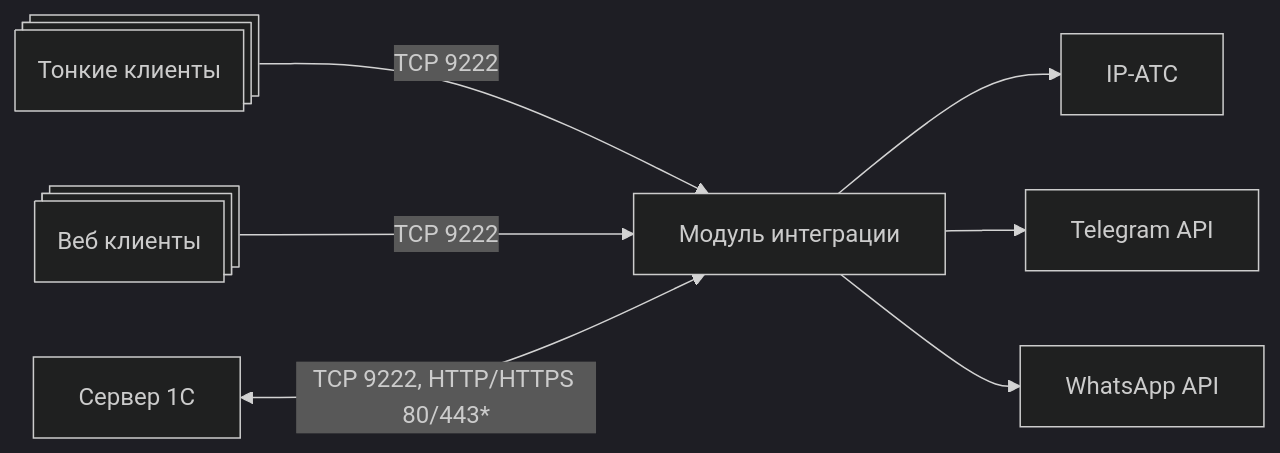
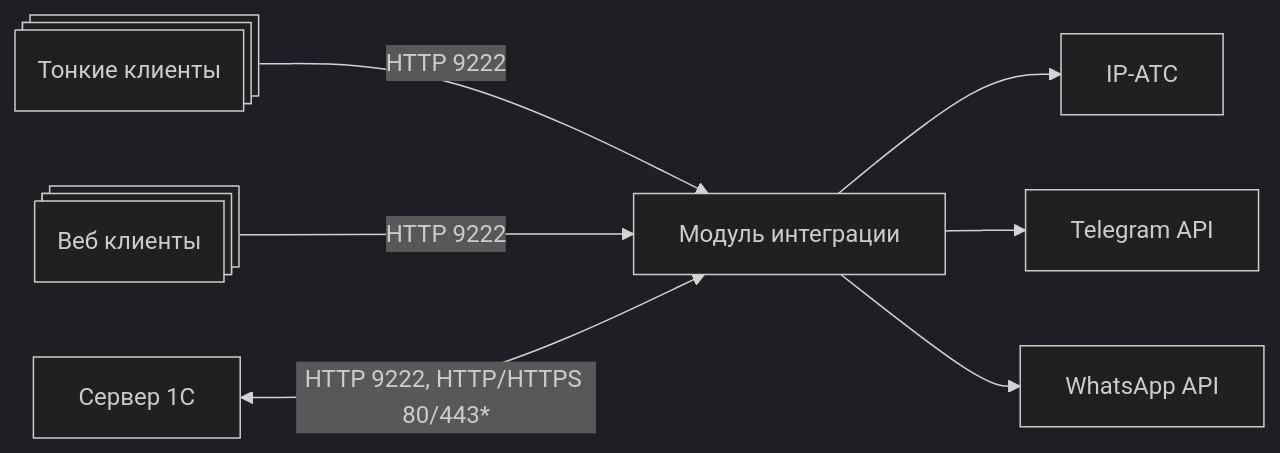
The diagram in src/guides/architecture.md (telefon1c/wiki-v5), drawn with Mermaid (dark theme) before and after one commit. The commit also changed other lines of this file, not shown here.

````diff
--- a/src/guides/architecture.md
+++ b/src/guides/architecture.md
@@ -22,10 +22,10 @@
 ```mermaid
 flowchart LR
-    Thin@{ shape: processes, label: "Тонкие клиенты" } --> |"TCP 9222"| CC[Модуль интеграции]
-    Web@{ shape: processes, label: "Веб клиенты" } --> |"TCP 9222"| CC
-    Server[Сервер 1С] <--> |"TCP 9222, HTTP/HTTPS 80/443*"| CC
+    Thin@{ shape: processes, label: "Тонкие клиенты" } --> |"HTTP 9222"| CC[Модуль интеграции]
+    Web@{ shape: processes, label: "Веб клиенты" } --> |"HTTP 9222"| CC
+    Server[Сервер 1С] <--> |"HTTP 9222, HTTP/HTTPS 80/443*"| CC
 
     CC --> PBX[IP-АТС]
     CC --> TG[Telegram API]
     CC --> WA[WhatsApp API]
 ```
````
